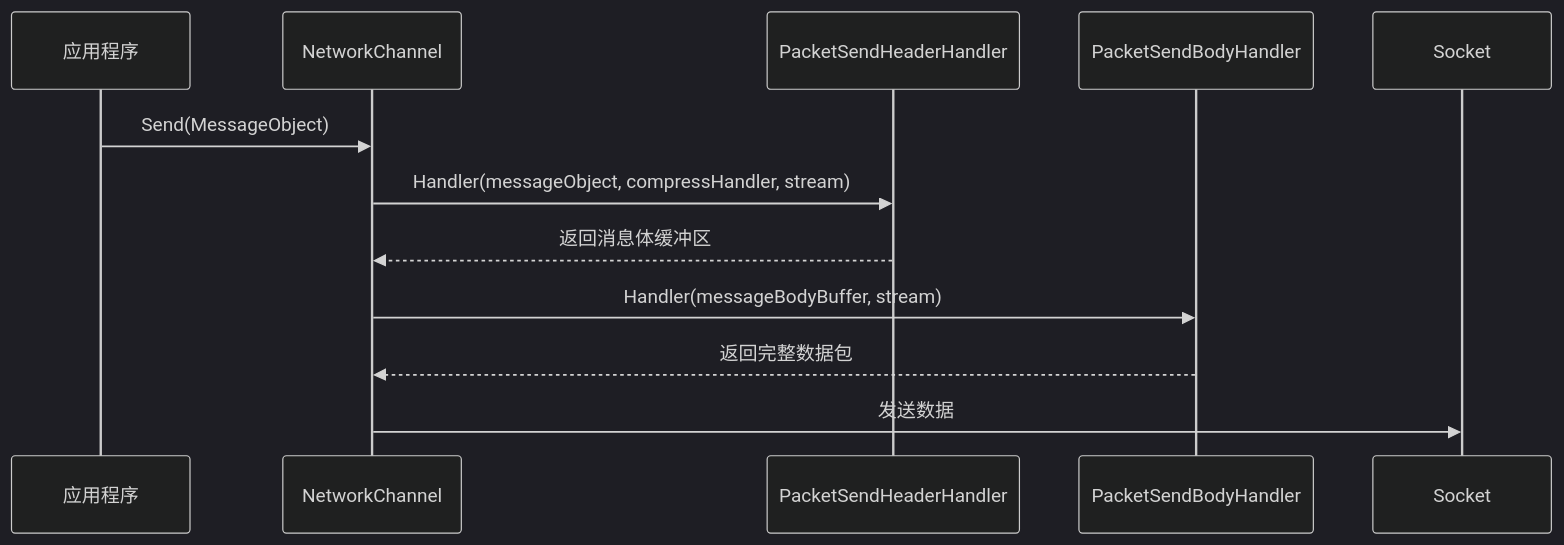
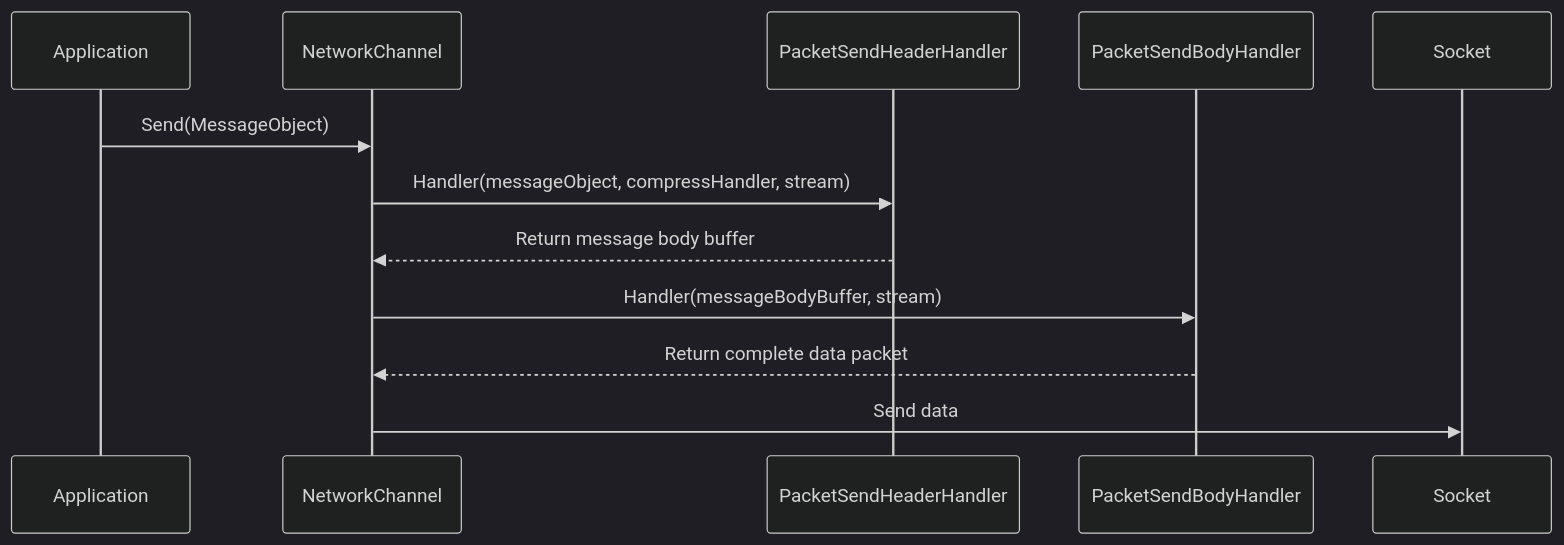
One commit to AlianBlank/GameFrameX.Docs changed the third of 7 diagrams in docs/en/client/unity/component/network/01.overview.md. Above: the diagram before and after it, drawn with Mermaid (dark theme). The commit also changed other lines of this file and 242 other files, not shown here.

````diff
--- a/docs/en/client/unity/component/network/01.overview.md
+++ b/docs/en/client/unity/component/network/01.overview.md
@@ -240,15 +240,15 @@
 ```mermaid
 sequenceDiagram
-    participant App as 应用程序
+    participant App as Application
     participant NC as NetworkChannel
     participant PSH as PacketSendHeaderHandler
     participant PSB as PacketSendBodyHandler
     participant Socket as Socket
-    
+
     App->>NC: Send(MessageObject)
     NC->>PSH: Handler(messageObject, compressHandler, stream)
-    PSH-->>NC: 返回消息体缓冲区
+    PSH-->>NC: Return message body buffer
     NC->>PSB: Handler(messageBodyBuffer, stream)
-    PSB-->>NC: 返回完整数据包
-    NC->>Socket: 发送数据
+    PSB-->>NC: Return complete data packet
+    NC->>Socket: Send data
 ```
````
